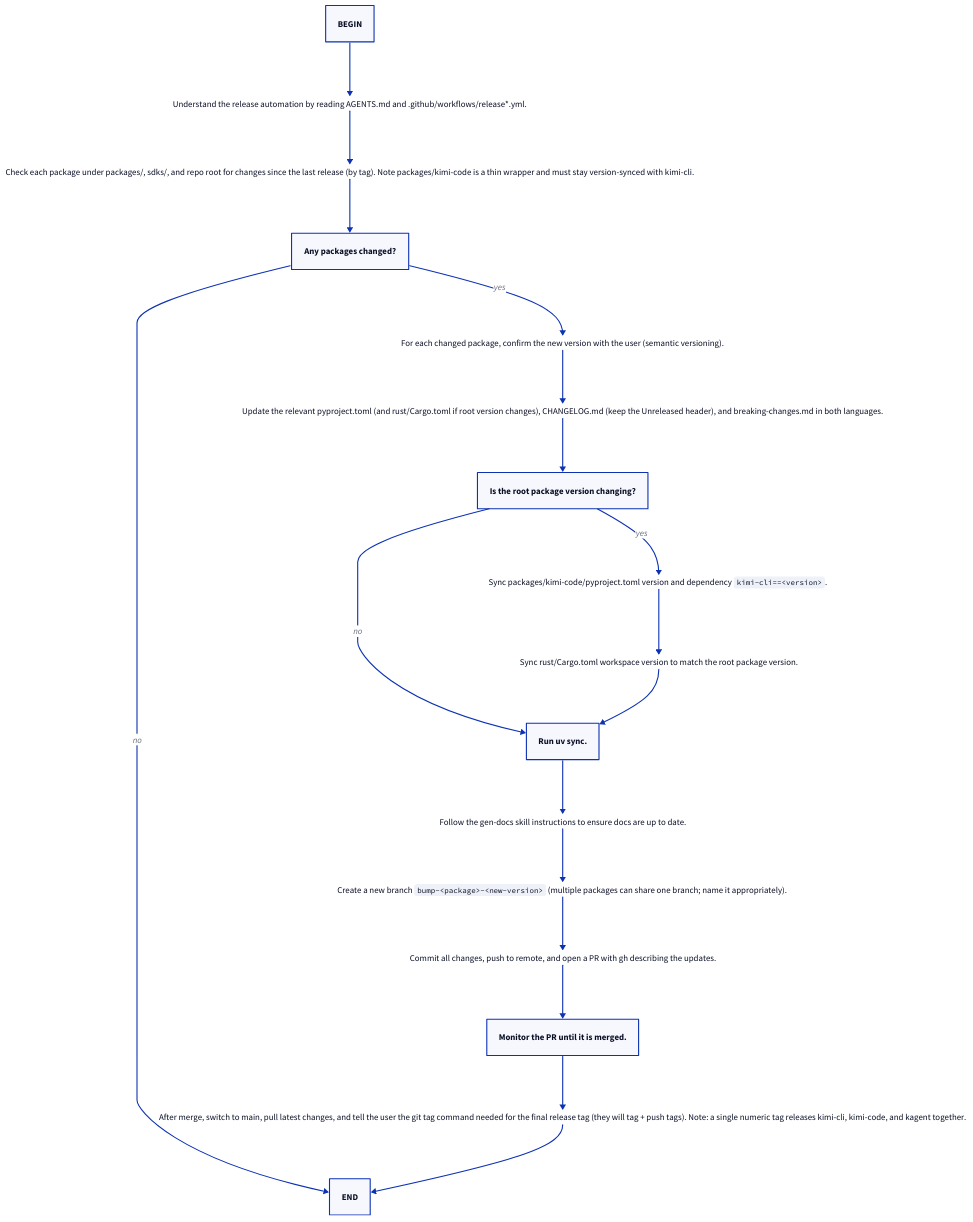
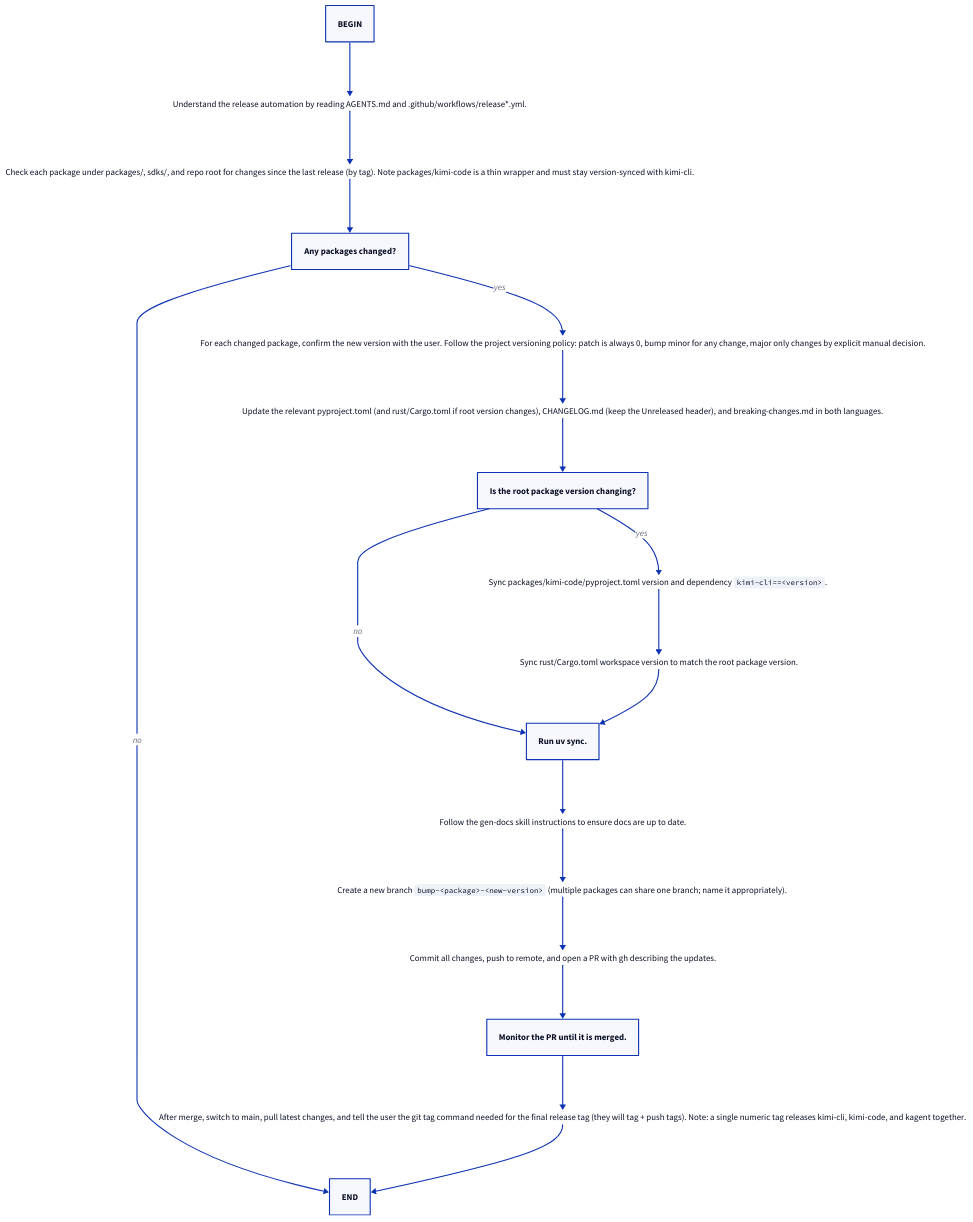
One commit to albertwyjoy-bit/OKbot changed the diagram in .agents/skills/release/SKILL.md. Above: the diagram before and after it, drawn with D2. The commit also changed 1 other file, not shown here.

Commit message:
chore: clarify versioning policy

````diff
--- a/.agents/skills/release/SKILL.md
+++ b/.agents/skills/release/SKILL.md
@@ -7,57 +7,58 @@
 ```d2
 understand: |md
   Understand the release automation by reading AGENTS.md and
   .github/workflows/release*.yml.
 |
 check_changes: |md
   Check each package under packages/, sdks/, and repo root for changes since the
   last release (by tag). Note packages/kimi-code is a thin wrapper and must stay
   version-synced with kimi-cli.
 |
 has_changes: "Any packages changed?"
 confirm_versions: |md
-  For each changed package, confirm the new version with the user (semantic
-  versioning).
+  For each changed package, confirm the new version with the user. Follow the
+  project versioning policy: patch is always 0, bump minor for any change,
+  major only changes by explicit manual decision.
 |
 update_files: |md
   Update the relevant pyproject.toml (and rust/Cargo.toml if root version changes),
   CHANGELOG.md (keep the Unreleased header), and breaking-changes.md in both languages.
 |
 root_change: "Is the root package version changing?"
 sync_kimi_code: |md
   Sync packages/kimi-code/pyproject.toml version and dependency
   `kimi-cli==<version>`.
 |
 sync_kagent: |md
   Sync rust/Cargo.toml workspace version to match the root package version.
 |
 uv_sync: "Run uv sync."
 gen_docs: |md
   Follow the gen-docs skill instructions to ensure docs are up to date.
 |
 
 new_branch: |md
   Create a new branch `bump-<package>-<new-version>` (multiple packages can share
   one branch; name it appropriately).
 |
 open_pr: |md
   Commit all changes, push to remote, and open a PR with gh describing the
   updates.
 |
 monitor_pr: "Monitor the PR until it is merged."
 post_merge: |md
   After merge, switch to main, pull latest changes, and tell the user the git
   tag command needed for the final release tag (they will tag + push tags). Note:
   a single numeric tag releases kimi-cli, kimi-code, and kagent together.
 |
 
 BEGIN -> understand -> check_changes -> has_changes
 has_changes -> END: no
 has_changes -> confirm_versions: yes
 confirm_versions -> update_files -> root_change
 root_change -> sync_kimi_code: yes
 root_change -> uv_sync: no
 sync_kimi_code -> sync_kagent
 sync_kagent -> uv_sync
 uv_sync -> gen_docs -> new_branch -> open_pr -> monitor_pr -> post_merge -> END
 ```
````
